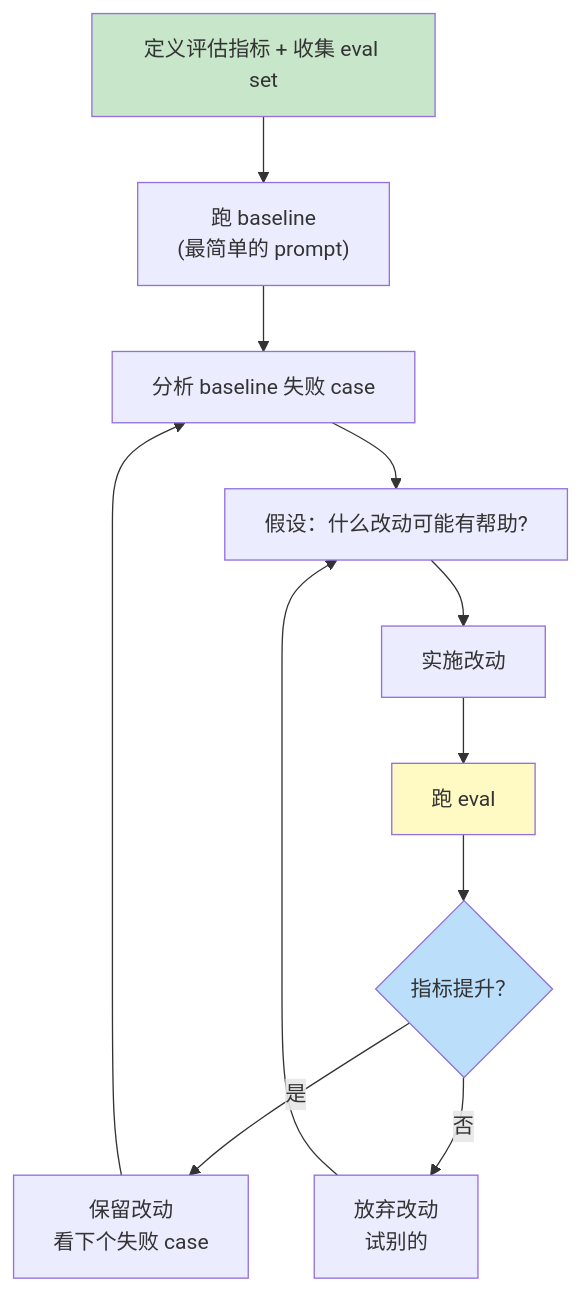
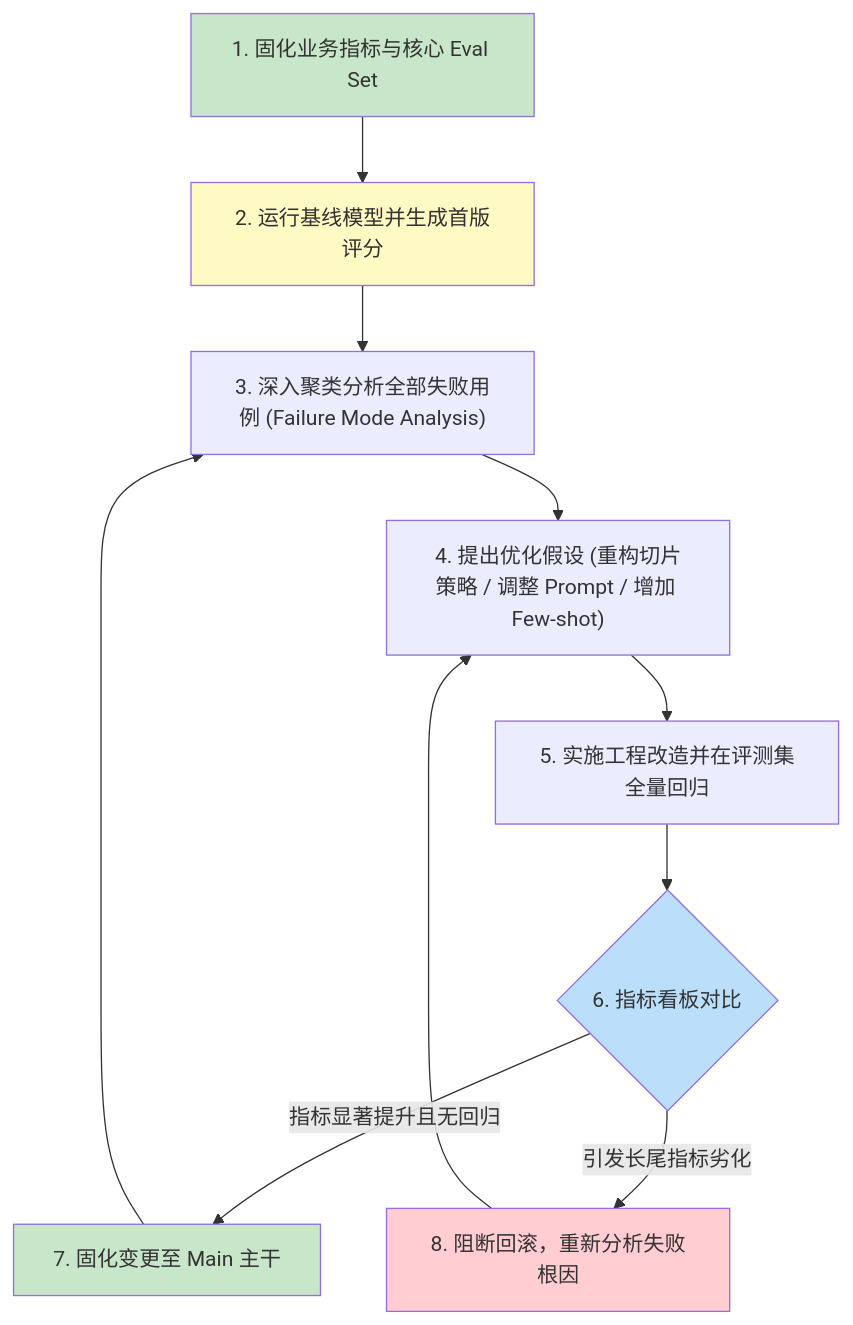
Before and after one commit to yingwang/thinking-in-llm: the sixth of 7 diagrams in chapters/12-evaluation.md, drawn with Mermaid. The commit also changed other lines of this file and 31 other files, not shown here.

````diff
--- a/chapters/12-evaluation.md
+++ b/chapters/12-evaluation.md
@@ -542,17 +231,18 @@
 ```mermaid
 flowchart TD
-    S1["定义评估指标 + 收集 eval set"] --> S2["跑 baseline<br>(最简单的 prompt)"]
-    S2 --> S3["分析 baseline 失败 case"]
-    S3 --> S4["假设：什么改动可能有帮助?"]
-    S4 --> S5["实施改动"]
-    S5 --> S6["跑 eval"]
-    S6 --> S7{"指标提升？"}
-    S7 -->|"是"| S8["保留改动<br>看下个失败 case"]
-    S7 -->|"否"| S9["放弃改动<br>试别的"]
-    S8 --> S3
-    S9 --> S4
+    Define["1. 固化业务指标与核心 Eval Set"] --> Baseline["2. 运行基线模型并生成首版评分"]
+    Baseline --> FailAnalysis["3. 深入聚类分析全部失败用例 (Failure Mode Analysis)"]
+    FailAnalysis --> Hypothesis["4. 提出优化假设 (重构切片策略 / 调整 Prompt / 增加 Few-shot)"]
+    Hypothesis --> Implement["5. 实施工程改造并在评测集全量回归"]
+    Implement --> Compare{"6. 指标看板对比"}
+    Compare -->|"指标显著提升且无回归"| Merge["7. 固化变更至 Main 主干"]
+    Compare -->|"引发长尾指标劣化"| Reject["8. 阻断回滚，重新分析失败根因"]
+    Merge --> FailAnalysis
+    Reject --> Hypothesis
     
-    style S1 fill:#c8e6c9
-    style S6 fill:#fff9c4
-    style S7 fill:#bbdefb
+    style Define fill:#c8e6c9
+    style Baseline fill:#fff9c4
+    style Compare fill:#bbdefb
+    style Merge fill:#c8e6c9
+    style Reject fill:#ffcdd2
 ```
````
